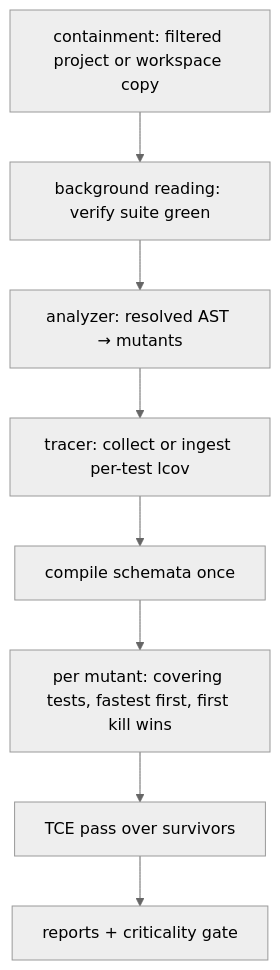
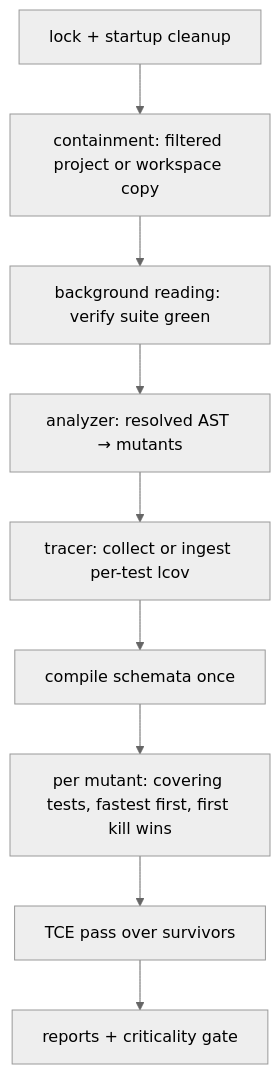
Before and after one commit to memento-engineering/butcher: the diagram in docs/decisions/index.md, drawn with Mermaid (neutral theme). The commit also changed other lines of this file and 10 other files, not shown here.

Commit message:
docs: revise post-MVP roadmap

````diff
--- a/docs/decisions/index.md
+++ b/docs/decisions/index.md
@@ -9,10 +9,11 @@
 ```mermaid
 flowchart TD
-    A[containment: filtered project or workspace copy] --> B[background reading: verify suite green]
-    B --> C[analyzer: resolved AST → mutants]
-    C --> D[tracer: collect or ingest per-test lcov]
-    D --> E[compile schemata once]
-    E --> F[per mutant: covering tests, fastest first, first kill wins]
-    F --> G[TCE pass over survivors]
-    G --> H[reports + criticality gate]
+    A[lock + startup cleanup] --> B[containment: filtered project or workspace copy]
+    B --> C[background reading: verify suite green]
+    C --> D[analyzer: resolved AST → mutants]
+    D --> E[tracer: collect or ingest per-test lcov]
+    E --> F[compile schemata once]
+    F --> G[per mutant: covering tests, fastest first, first kill wins]
+    G --> H[TCE pass over survivors]
+    H --> I[reports + criticality gate]
 ```
````
